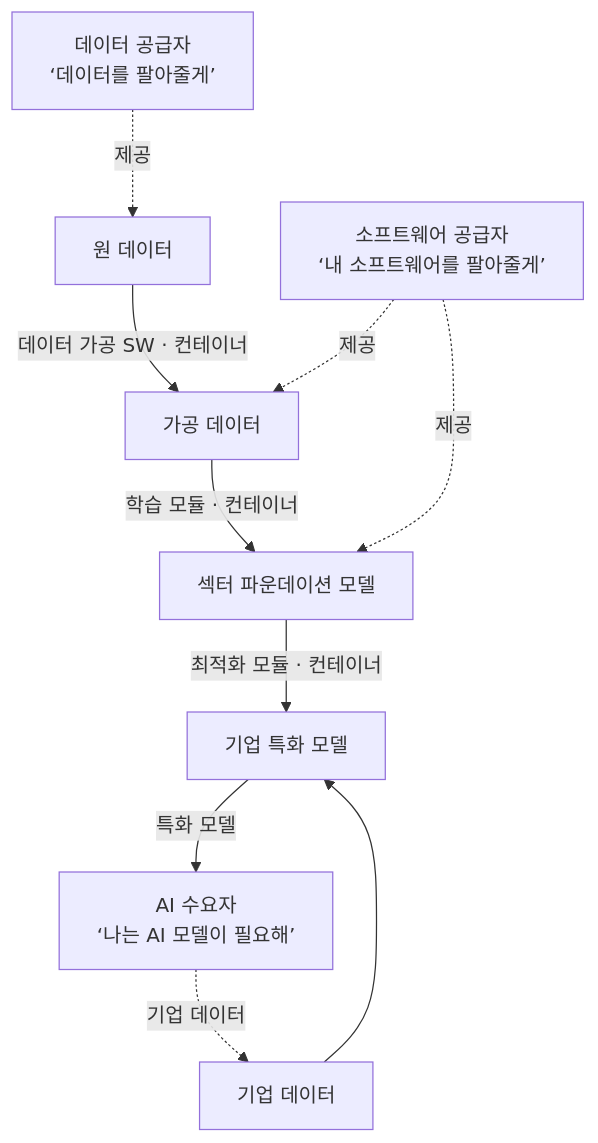
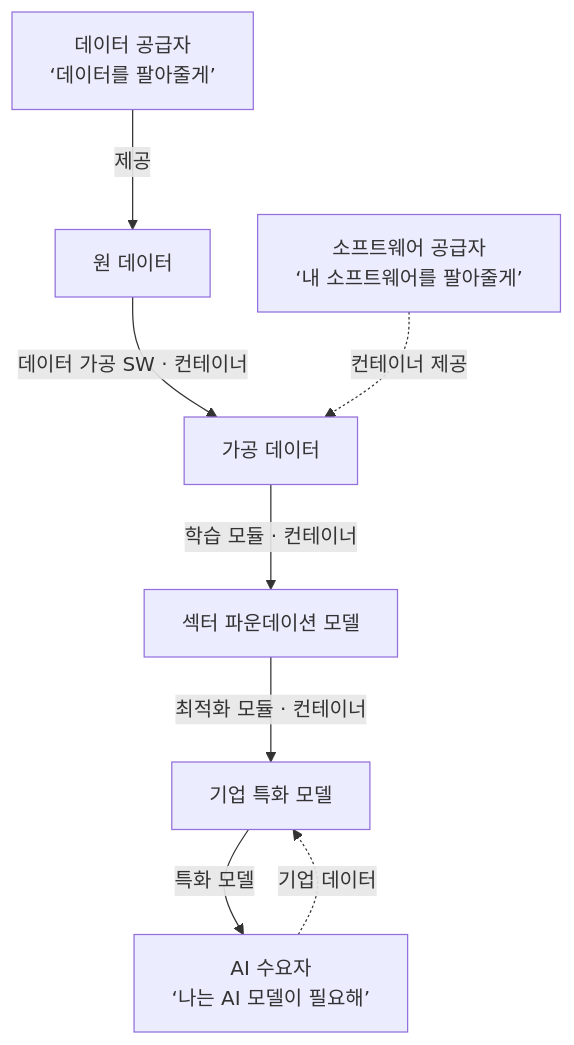
One commit to seungwooketi/seungwooketi.github.io changed the diagram in _ko/2026-06-29-industrial-ai-data-factory.md. Above: the diagram before and after it, drawn with Mermaid. The commit also changed other lines of this file and 1 other file, not shown here.

Commit message:
style(post): Data Lake 플로우를 좁은 수직 척추 구조로 재구성
가로 분기를 줄여 칼럼 폭 안에 들어오는 세로 흐름으로 재배치(공급자→원데이터→
가공→섹터FM→특화모델→수요자), rankSpacing으로 세로 여백 확보, zoomable 끄고
max-width로 크게 표시. 우측 잘림 해소. KO/EN 모두.

````diff
--- a/_ko/2026-06-29-industrial-ai-data-factory.md
+++ b/_ko/2026-06-29-industrial-ai-data-factory.md
@@ -129,12 +124,11 @@
 ```mermaid
+%%{init: {'flowchart': {'rankSpacing': 60, 'nodeSpacing': 38}}}%%
 flowchart TB
-  RD["원 데이터"] -- "데이터 가공 SW · 컨테이너" --> PD["가공 데이터"]
-  PD -- "학습 모듈 · 컨테이너" --> SFM["섹터 파운데이션 모델"]
-  SFM -- "최적화 모듈 · 컨테이너" --> CFM["기업 특화 모델"]
-  ED["기업 데이터"] --> CFM
-  DP["데이터 공급자<br/>‘데이터를 팔아줄게’"] -. 제공 .-> RD
-  SP["소프트웨어 공급자<br/>‘내 소프트웨어를 팔아줄게’"] -. 제공 .-> PD
-  SP -. 제공 .-> SFM
-  AIC["AI 수요자<br/>‘나는 AI 모델이 필요해’"] -. 기업 데이터 .-> ED
-  CFM -- "특화 모델" --> AIC
+  DP["데이터 공급자<br/>‘데이터를 팔아줄게’"] -->|제공| RD["원 데이터"]
+  RD -->|데이터 가공 SW · 컨테이너| PD["가공 데이터"]
+  PD -->|학습 모듈 · 컨테이너| SFM["섹터 파운데이션 모델"]
+  SFM -->|최적화 모듈 · 컨테이너| CFM["기업 특화 모델"]
+  CFM -->|특화 모델| AIC["AI 수요자<br/>‘나는 AI 모델이 필요해’"]
+  SP["소프트웨어 공급자<br/>‘내 소프트웨어를 팔아줄게’"] -. 컨테이너 제공 .-> PD
+  AIC -. 기업 데이터 .-> CFM
 ```
````
